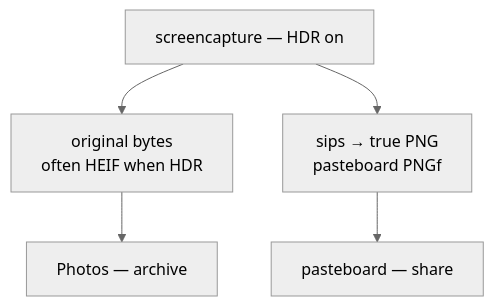
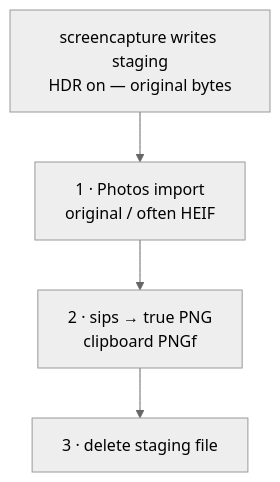
The third of 3 diagrams in README.md (travisjneuman/macos-screenshot-pipeline), drawn with Mermaid (neutral theme) before and after one commit. The commit also changed other lines of this file and 10 other files, not shown here.

First line of the commit message:
fix: process Photos before clipboard; align docs and demo order

````diff
--- a/README.md
+++ b/README.md
@@ -88,8 +78,7 @@
 ```mermaid
 flowchart TB
-  SC["screencapture — HDR on"]
-  SC --> ORIG["original bytes<br/>often HEIF when HDR"]
-  SC --> PNG["sips → true PNG<br/>pasteboard PNGf"]
-  ORIG --> PH["Photos — archive"]
-  PNG --> CB["pasteboard — share"]
+  SC["screencapture writes staging<br/>HDR on — original bytes"]
+  SC --> PH["1 · Photos import<br/>original / often HEIF"]
+  PH --> CB["2 · sips → true PNG<br/>clipboard PNGf"]
+  CB --> RM["3 · delete staging file"]
 ```
````
